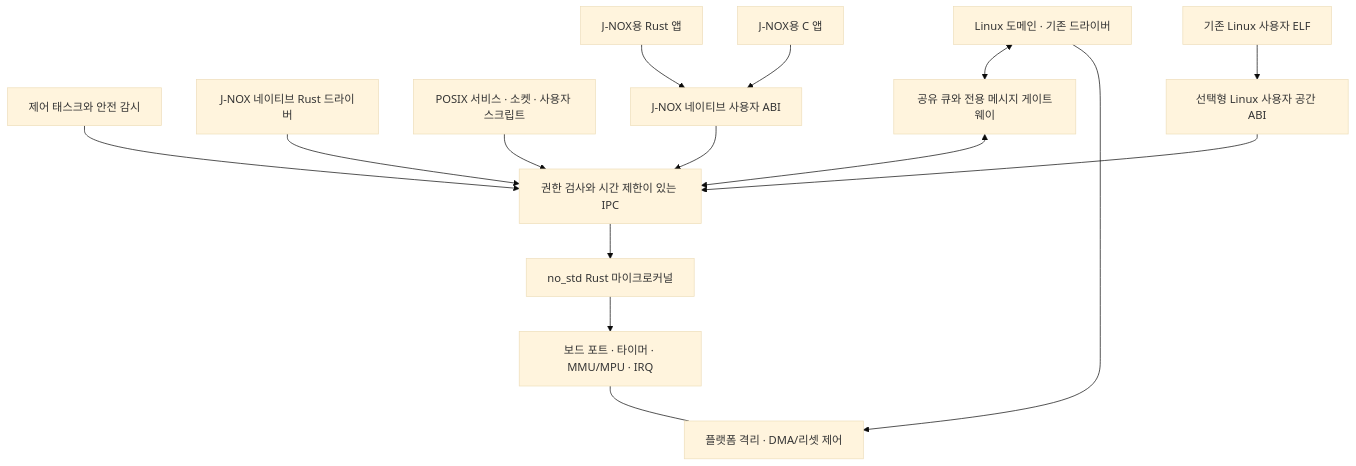
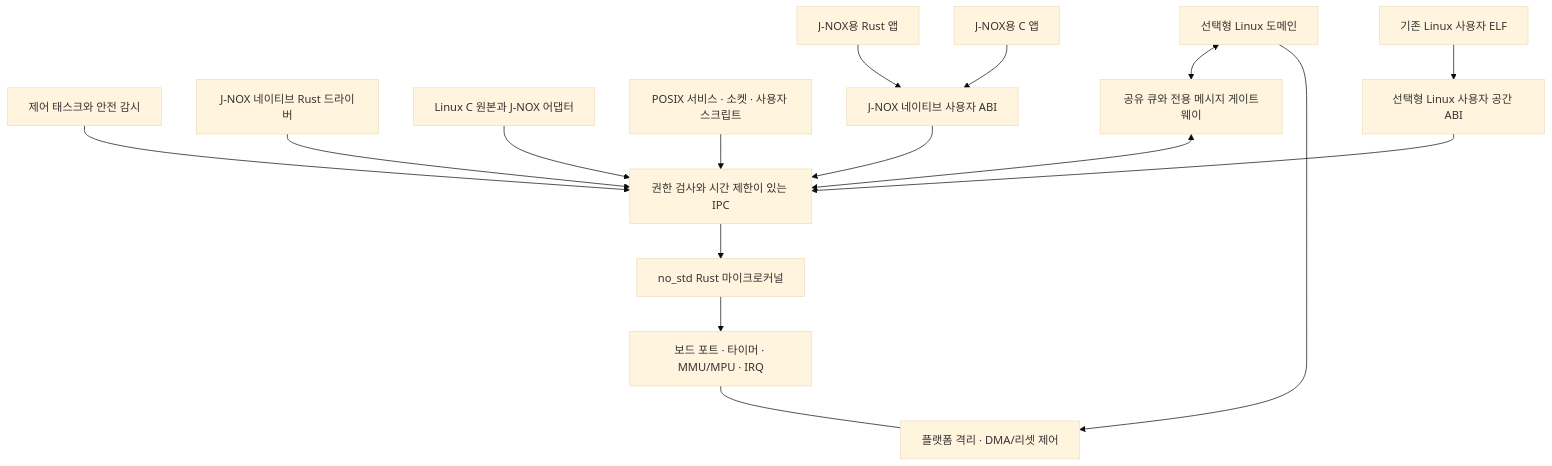
One commit to Romanof123/JNOX changed the diagram in docs/architecture.md. Above: the diagram before and after it, drawn with Mermaid (base theme). The commit also changed other lines of this file and 9 other files, not shown here.

````diff
--- a/docs/architecture.md
+++ b/docs/architecture.md
@@ -5,17 +5,18 @@
 ```mermaid
 flowchart TB
   CONTROL[제어 태스크와 안전 감시] --> IPC[권한 검사와 시간 제한이 있는 IPC]
   NATIVE[J-NOX 네이티브 Rust 드라이버] --> IPC
+  REUSE[Linux C 원본과 J-NOX 어댑터] --> IPC
   APPS[POSIX 서비스 · 소켓 · 사용자 스크립트] --> IPC
   RUST[J-NOX용 Rust 앱] --> SDK[J-NOX 네이티브 사용자 ABI]
   CAPP[J-NOX용 C 앱] --> SDK
   SDK --> IPC
   ELF[기존 Linux 사용자 ELF] --> COMPAT[선택형 Linux 사용자 공간 ABI]
   COMPAT --> IPC
   IPC --> KERNEL[no_std Rust 마이크로커널]
-  LINUX[Linux 도메인 · 기존 드라이버] <--> GATE[공유 큐와 전용 메시지 게이트웨이]
+  LINUX[선택형 Linux 도메인] <--> GATE[공유 큐와 전용 메시지 게이트웨이]
   GATE <--> IPC
   KERNEL --> BSP[보드 포트 · 타이머 · MMU/MPU · IRQ]
   LINUX --> PART[플랫폼 격리 · DMA/리셋 제어]
   BSP --- PART
 ```
````
